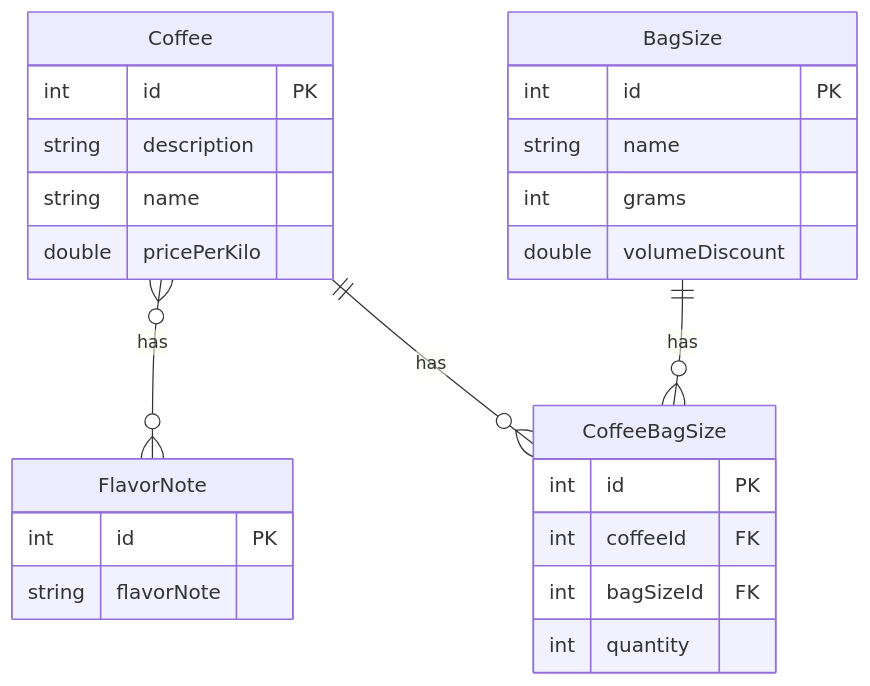
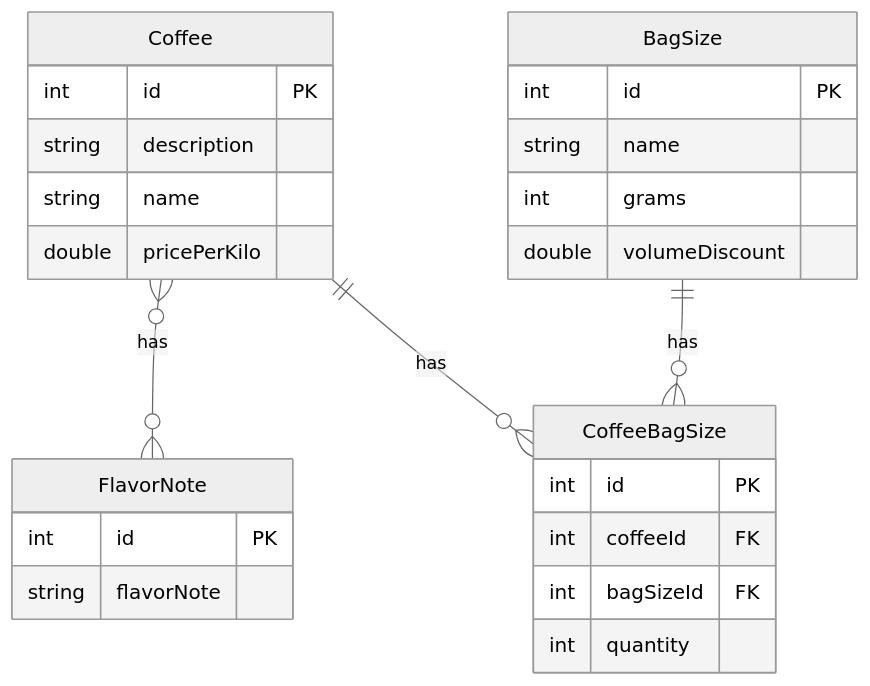
Before and after one commit to KompBasEntw-HTW/products: the diagram in README.md, drawn with Mermaid.

Commit message:
docs: update theme of ER diagram

````diff
--- a/README.md
+++ b/README.md
@@ -15,28 +15,29 @@
 ```mermaid
+%%{init: {'theme':'neutral'}}%%
 erDiagram
     Coffee }o -- o{ FlavorNote: has
     Coffee || -- o{ CoffeeBagSize: has
     BagSize || -- o{ CoffeeBagSize: has
     CoffeeBagSize{
        int id PK
        int coffeeId FK
        int bagSizeId FK
        int quantity
     }
     Coffee{
         int id PK
         string description
         string name
         double pricePerKilo
     }
     BagSize{
         int id PK
         string name
         int grams
         double volumeDiscount
     }
     FlavorNote{
         int id PK
         string flavorNote
     }
  ```
````
